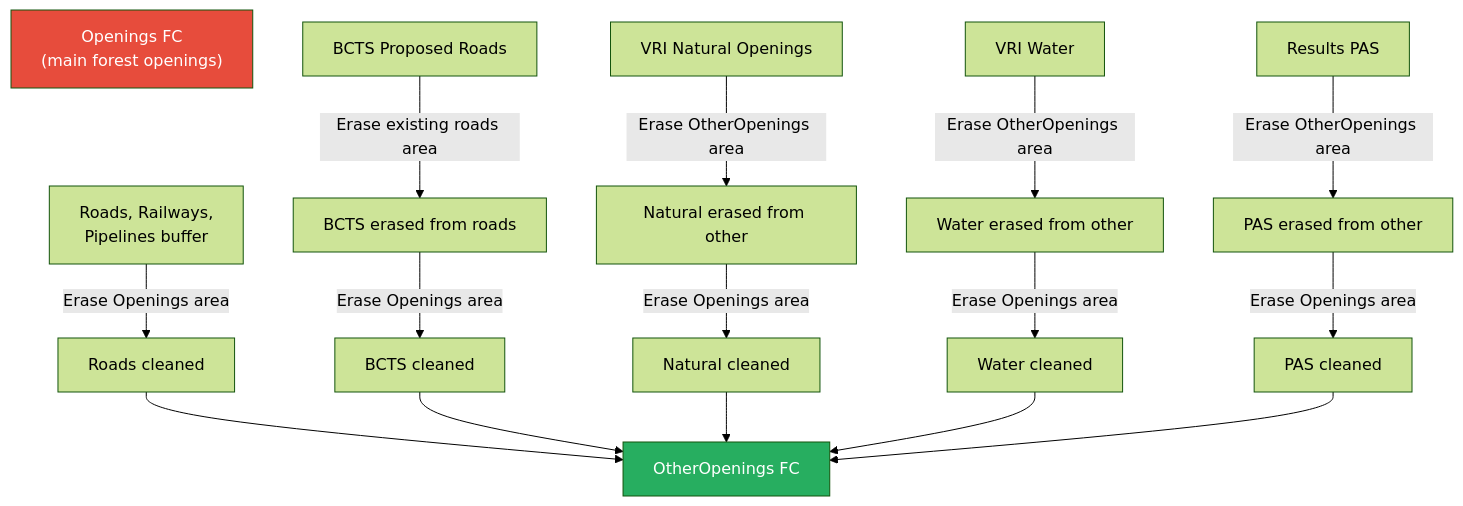
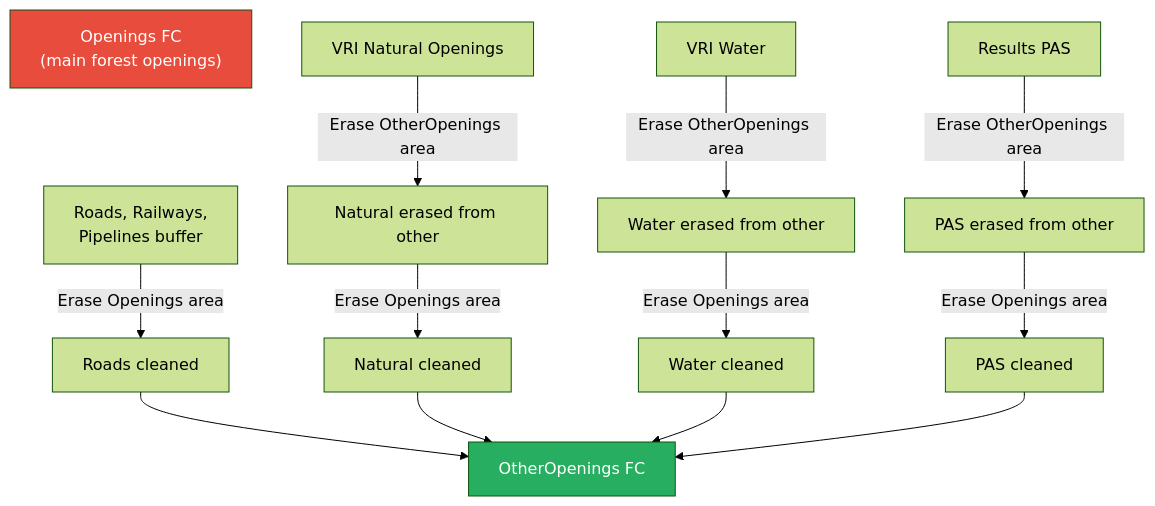
One commit to arkenmap-com/ECA changed the tenth of 14 diagrams in README.md. Above: the diagram before and after it, drawn with Mermaid (forest theme). The commit also changed other lines of this file and 71 other files, not shown here.

````diff
--- a/README.md
+++ b/README.md
@@ -895,26 +839,22 @@
 ```mermaid
 flowchart TD
     OPEN["Openings FC<br/>(main forest openings)"]
 
     ROADS["Roads, Railways,<br/>Pipelines buffer"] -->|"Erase Openings area"| R_CLEAN["Roads cleaned"]
-    BCTS["BCTS Proposed Roads"] -->|"Erase existing roads area"| B_ERASED["BCTS erased from roads"]
-    B_ERASED -->|"Erase Openings area"| B_CLEAN["BCTS cleaned"]
-
     R_CLEAN --> OTHER["OtherOpenings FC"]
-    B_CLEAN --> OTHER
 
     NAT["VRI Natural Openings"] -->|"Erase OtherOpenings area"| N1["Natural erased from other"]
     N1 -->|"Erase Openings area"| N_CLEAN["Natural cleaned"]
     N_CLEAN --> OTHER
 
     WATER["VRI Water"] -->|"Erase OtherOpenings area"| W1["Water erased from other"]
     W1 -->|"Erase Openings area"| W_CLEAN["Water cleaned"]
     W_CLEAN --> OTHER
 
     PAS["Results PAS"] -->|"Erase OtherOpenings area"| P1["PAS erased from other"]
     P1 -->|"Erase Openings area"| P_CLEAN["PAS cleaned"]
     P_CLEAN --> OTHER
 
     style OPEN fill:#e74c3c,color:#fff
     style OTHER fill:#27ae60,color:#fff
 ```
````
